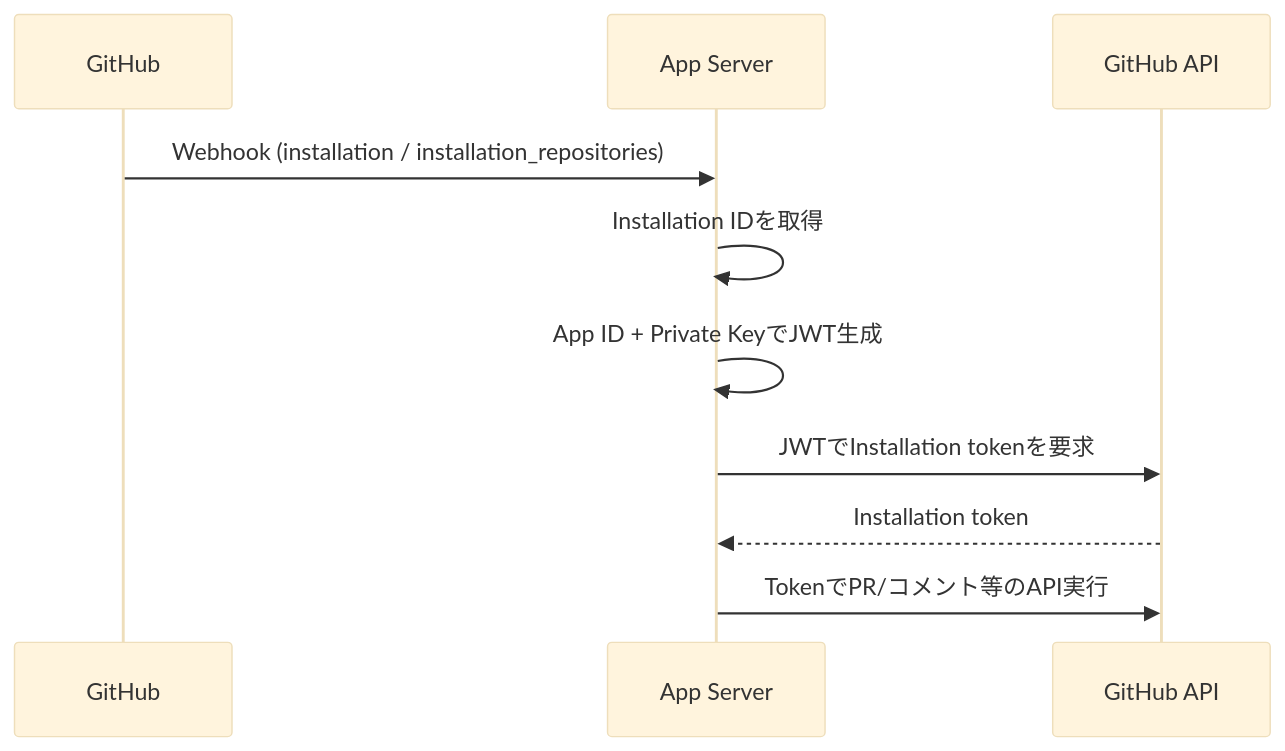
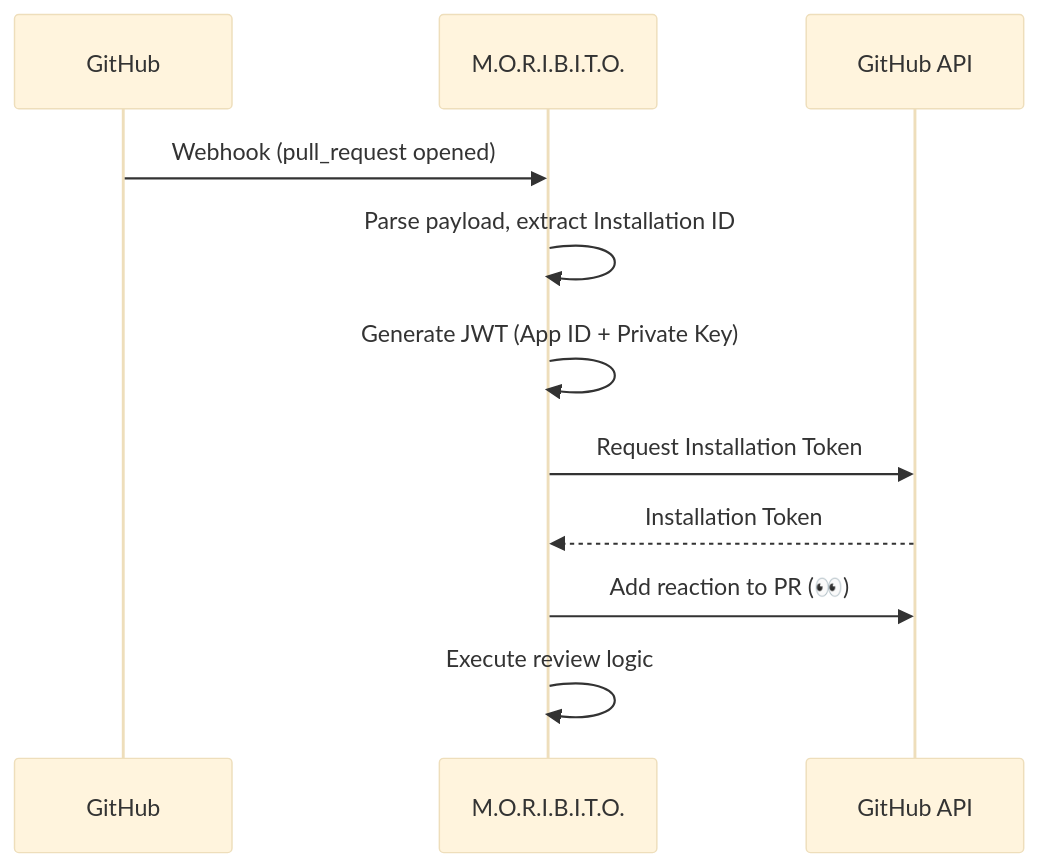
Before and after one commit to pirakansa/moribito: the diagram in README.md, drawn with Mermaid (base theme). The commit also changed other lines of this file and 1 other file, not shown here.

Commit message:
docs: update README and architecture documentation for clarity and structure

````diff
--- a/README.md
+++ b/README.md
@@ -137,13 +141,14 @@
 ```mermaid
 sequenceDiagram
-    participant GitHub as GitHub
-    participant App as App Server
+    participant GitHub
+    participant App as M.O.R.I.B.I.T.O.
     participant API as GitHub API
 
-    GitHub->>App: Webhook (installation / installation_repositories)
-    App->>App: Installation IDを取得
-    App->>App: App ID + Private KeyでJWT生成
-    App->>API: JWTでInstallation tokenを要求
-    API-->>App: Installation token
-    App->>API: TokenでPR/コメント等のAPI実行
+    GitHub->>App: Webhook (pull_request opened)
+    App->>App: Parse payload, extract Installation ID
+    App->>App: Generate JWT (App ID + Private Key)
+    App->>API: Request Installation Token
+    API-->>App: Installation Token
+    App->>API: Add reaction to PR (👀)
+    App->>App: Execute review logic
 ```
````
